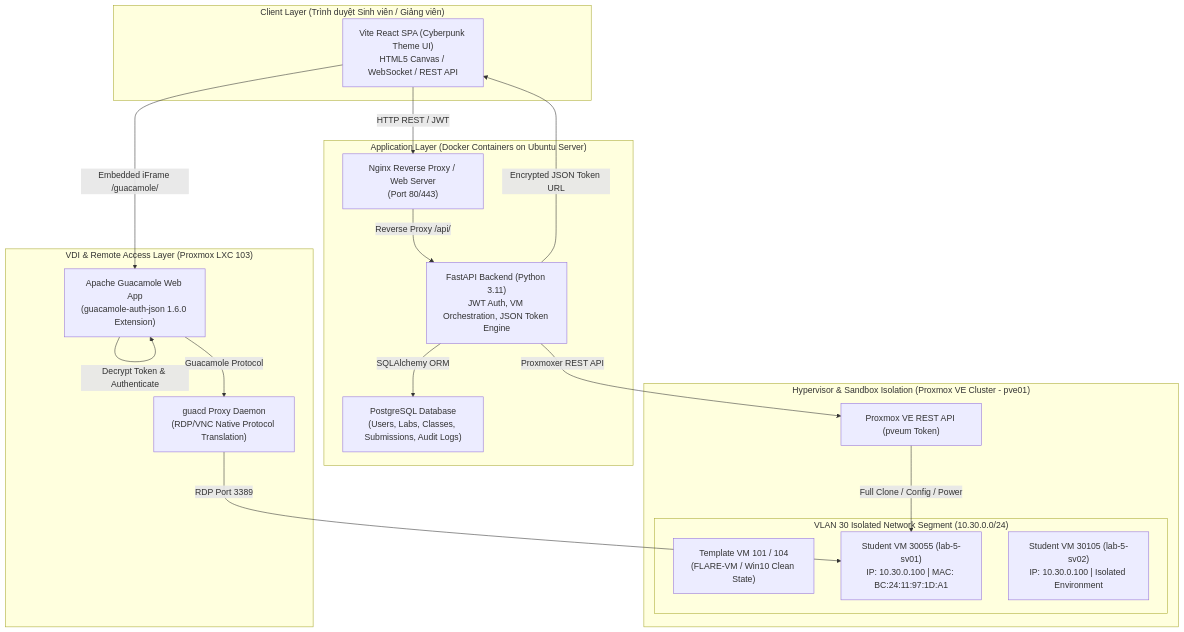
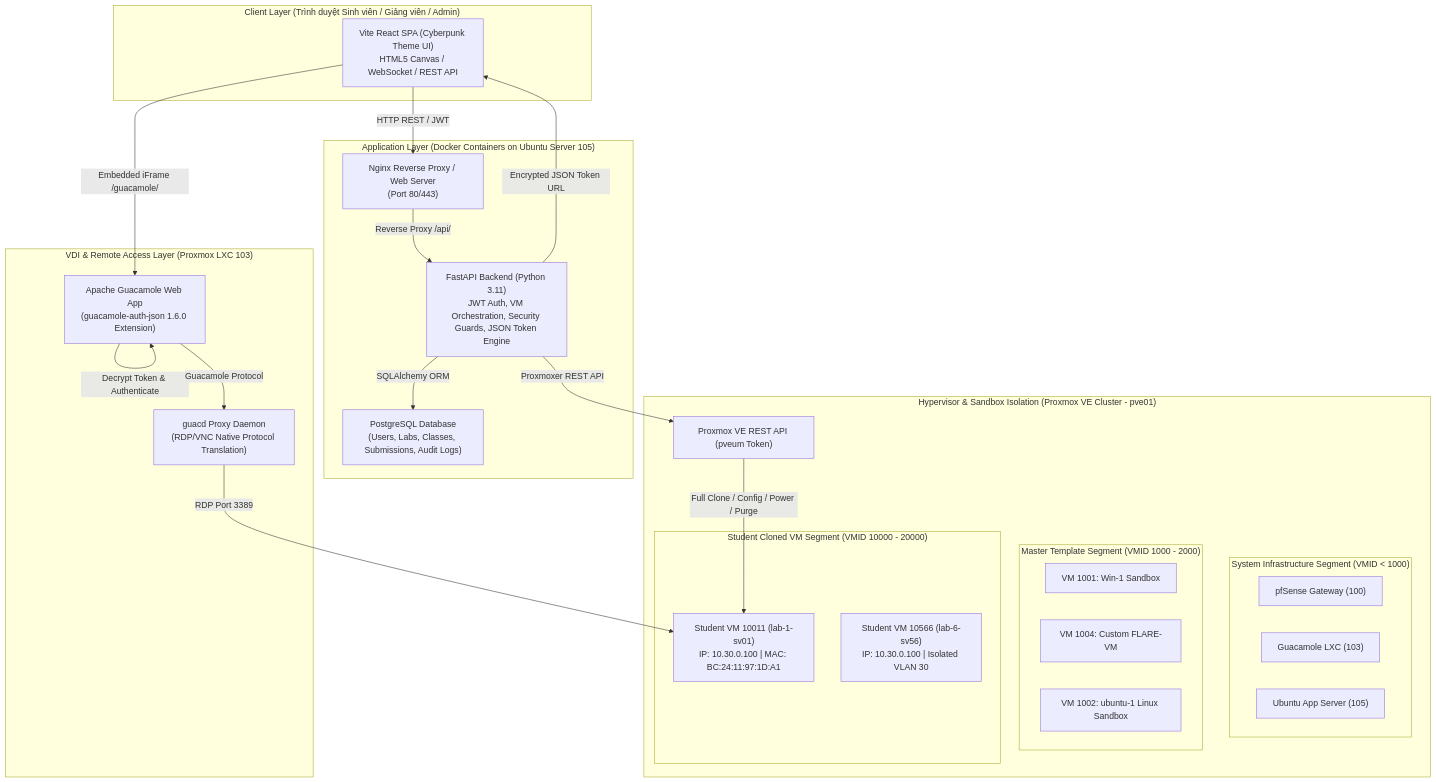
The first of 4 diagrams in SYSTEM_ARCHITECTURE.md (ManhPP/MalSecLMS), drawn with Mermaid before and after one commit. The commit also changed other lines of this file, not shown here.

Commit message:
docs: update system architecture documentation to reflect current design changes

````diff
--- a/SYSTEM_ARCHITECTURE.md
+++ b/SYSTEM_ARCHITECTURE.md
@@ -40,39 +40,50 @@
 ```mermaid
 flowchart TB
-    subgraph ClientLayer ["Client Layer (Trình duyệt Sinh viên / Giảng viên)"]
+    subgraph ClientLayer ["Client Layer (Trình duyệt Sinh viên / Giảng viên / Admin)"]
         Browser["Vite React SPA (Cyberpunk Theme UI)\nHTML5 Canvas / WebSocket / REST API"]
     end
 
-    subgraph AppLayer ["Application Layer (Docker Containers on Ubuntu Server)"]
+    subgraph AppLayer ["Application Layer (Docker Containers on Ubuntu Server 105)"]
         FrontendNginx["Nginx Reverse Proxy / Web Server\n(Port 80/443)"]
-        BackendFastAPI["FastAPI Backend (Python 3.11)\nJWT Auth, VM Orchestration, JSON Token Engine"]
+        BackendFastAPI["FastAPI Backend (Python 3.11)\nJWT Auth, VM Orchestration, Security Guards, JSON Token Engine"]
         DatabasePG["PostgreSQL Database\n(Users, Labs, Classes, Submissions, Audit Logs)"]
     end
 
     subgraph VDILayer ["VDI & Remote Access Layer (Proxmox LXC 103)"]
         GuacWeb["Apache Guacamole Web App\n(guacamole-auth-json 1.6.0 Extension)"]
         GuacDaemon["guacd Proxy Daemon\n(RDP/VNC Native Protocol Translation)"]
     end
 
     subgraph HypervisorLayer ["Hypervisor & Sandbox Isolation (Proxmox VE Cluster - pve01)"]
         PVEApi["Proxmox VE REST API (pveum Token)"]
         
-        subgraph VLAN30 ["VLAN 30 Isolated Network Segment (10.30.0.0/24)"]
-            TemplateVM["Template VM 101 / 104\n(FLARE-VM / Win10 Clean State)"]
-            StudentVM1["Student VM 30055 (lab-5-sv01)\nIP: 10.30.0.100 | MAC: BC:24:11:97:1D:A1"]
-            StudentVM2["Student VM 30105 (lab-5-sv02)\nIP: 10.30.0.100 | Isolated Environment"]
+        subgraph SysRange ["System Infrastructure Segment (VMID < 1000)"]
+            pfSense["pfSense Gateway (100)"]
+            GuacLXC["Guacamole LXC (103)"]
+            AppServer["Ubuntu App Server (105)"]
+        end
+
+        subgraph TemplateRange ["Master Template Segment (VMID 1000 - 2000)"]
+            TplWin10["VM 1001: Win-1 Sandbox"]
+            TplFlare["VM 1004: Custom FLARE-VM"]
+            TplUbuntu["VM 1002: ubuntu-1 Linux Sandbox"]
+        end
+
+        subgraph StudentRange ["Student Cloned VM Segment (VMID 10000 - 20000)"]
+            StudentVM1["Student VM 10011 (lab-1-sv01)\nIP: 10.30.0.100 | MAC: BC:24:11:97:1D:A1"]
+            StudentVM2["Student VM 10566 (lab-6-sv56)\nIP: 10.30.0.100 | Isolated VLAN 30"]
         end
     end
 
     Browser -->|HTTP REST / JWT| FrontendNginx
     FrontendNginx -->|Reverse Proxy /api/| BackendFastAPI
     BackendFastAPI -->|SQLAlchemy ORM| DatabasePG
     BackendFastAPI -->|Proxmoxer REST API| PVEApi
     BackendFastAPI -->|Encrypted JSON Token URL| Browser
     
     Browser -->|Embedded iFrame /guacamole/| GuacWeb
     GuacWeb -->|Decrypt Token & Authenticate| GuacWeb
     GuacWeb -->|Guacamole Protocol| GuacDaemon
     GuacDaemon -->|RDP Port 3389| StudentVM1
-    PVEApi -->|Full Clone / Config / Power| StudentVM1
+    PVEApi -->|Full Clone / Config / Power / Purge| StudentVM1
 ```
````
